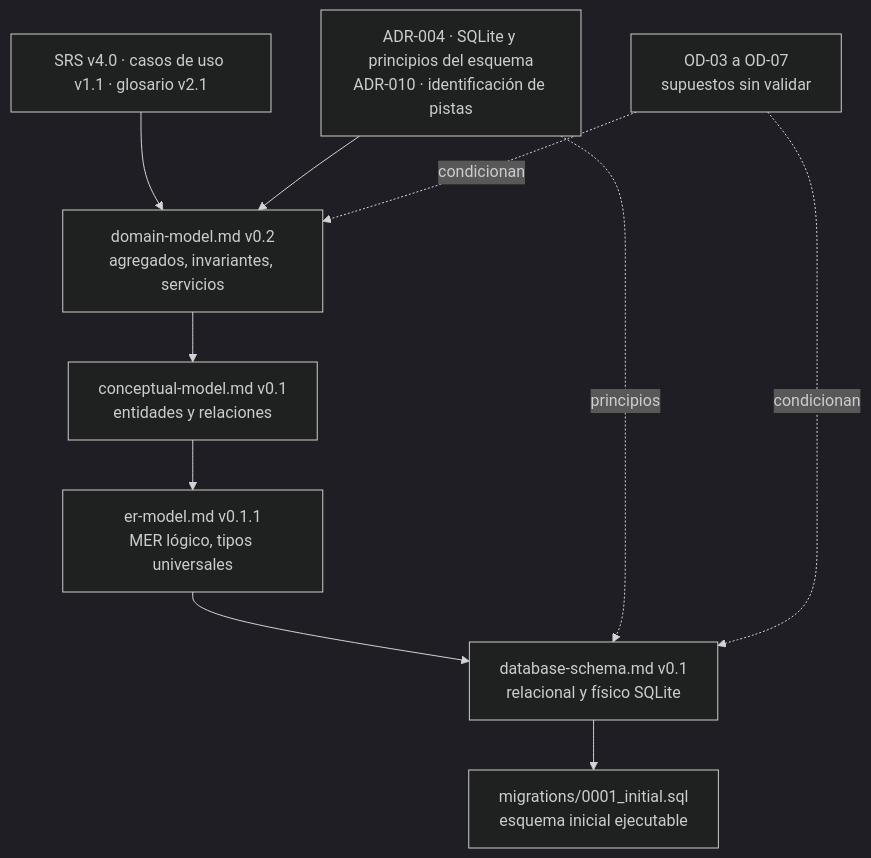
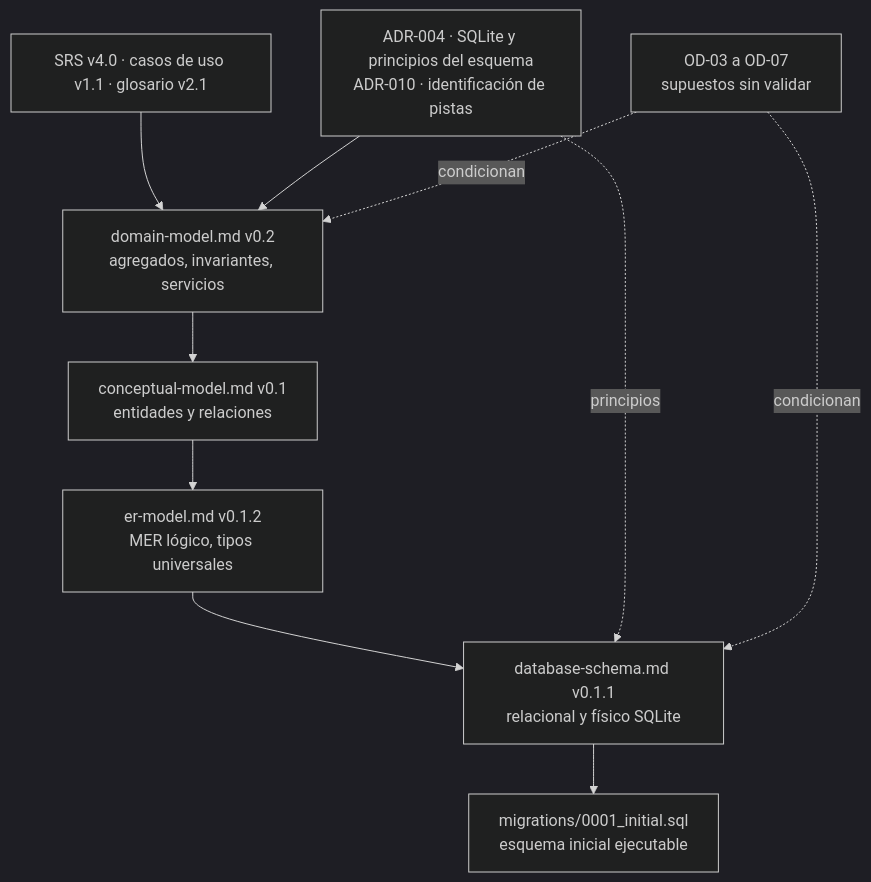
One commit to pabloo806/Trabajo-de-Fin-de-Grado changed the diagram in docs/architecture/data-model.md. Above: the diagram before and after it, drawn with Mermaid (dark theme). The commit also changed other lines of this file and 5 other files, not shown here.

````diff
--- a/docs/architecture/data-model.md
+++ b/docs/architecture/data-model.md
@@ -16,21 +16,21 @@
 ```mermaid
 flowchart TB
     REQ["SRS v4.0 · casos de uso v1.1 · glosario v2.1"]
     ADR["ADR-004 · SQLite y principios del esquema<br/>ADR-010 · identificación de pistas"]
     DM["domain-model.md v0.2<br/>agregados, invariantes, servicios"]
     CM["conceptual-model.md v0.1<br/>entidades y relaciones"]
-    ER["er-model.md v0.1.1<br/>MER lógico, tipos universales"]
-    DB["database-schema.md v0.1<br/>relacional y físico SQLite"]
+    ER["er-model.md v0.1.2<br/>MER lógico, tipos universales"]
+    DB["database-schema.md v0.1.1<br/>relacional y físico SQLite"]
     SQL["migrations/0001_initial.sql<br/>esquema inicial ejecutable"]
     OD["OD-03 a OD-07<br/>supuestos sin validar"]
 
     REQ --> DM
     ADR --> DM
     DM --> CM
     CM --> ER
     ER --> DB
     DB --> SQL
     ADR -.->|"principios"| DB
     OD -.->|"condicionan"| DM
     OD -.->|"condicionan"| DB
 ```
````
